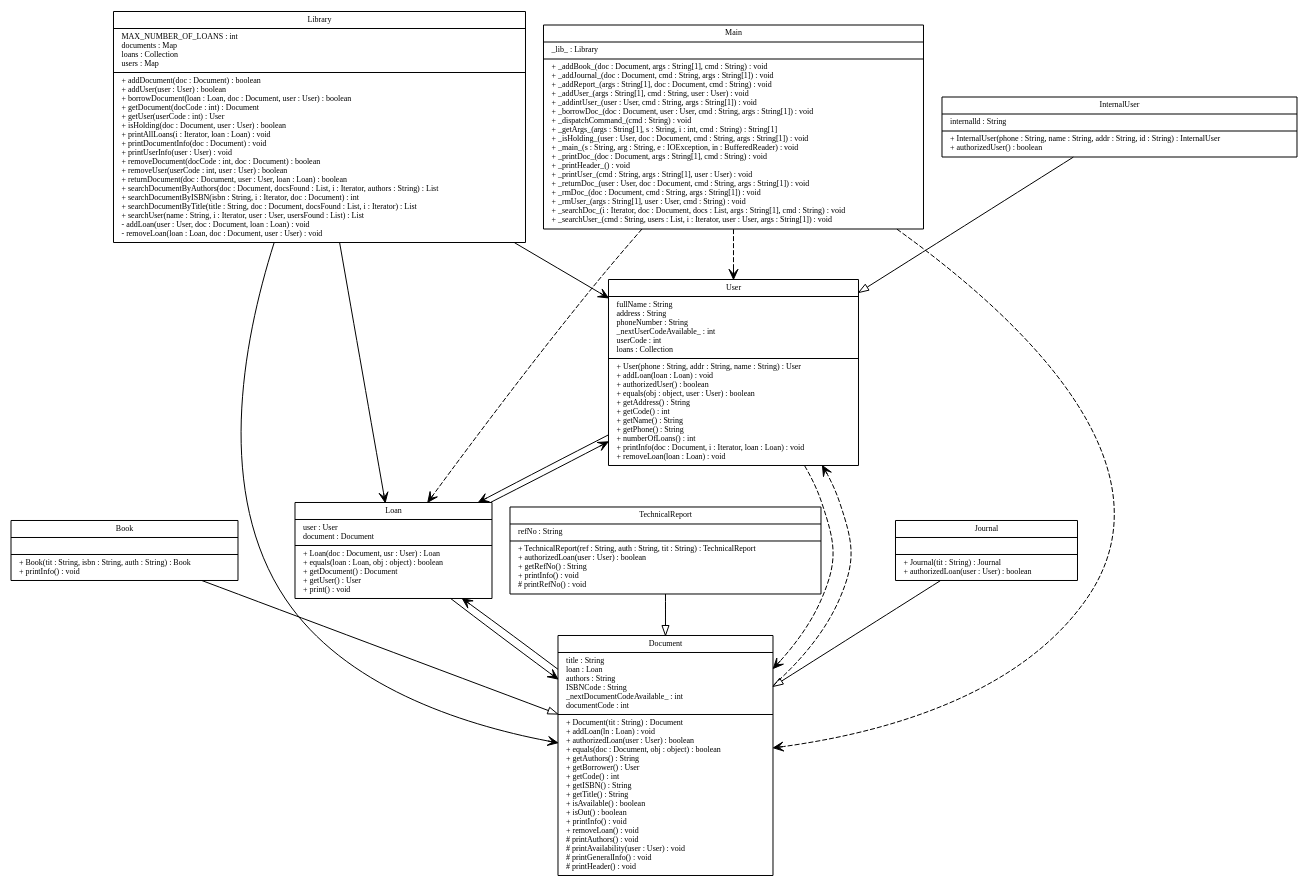
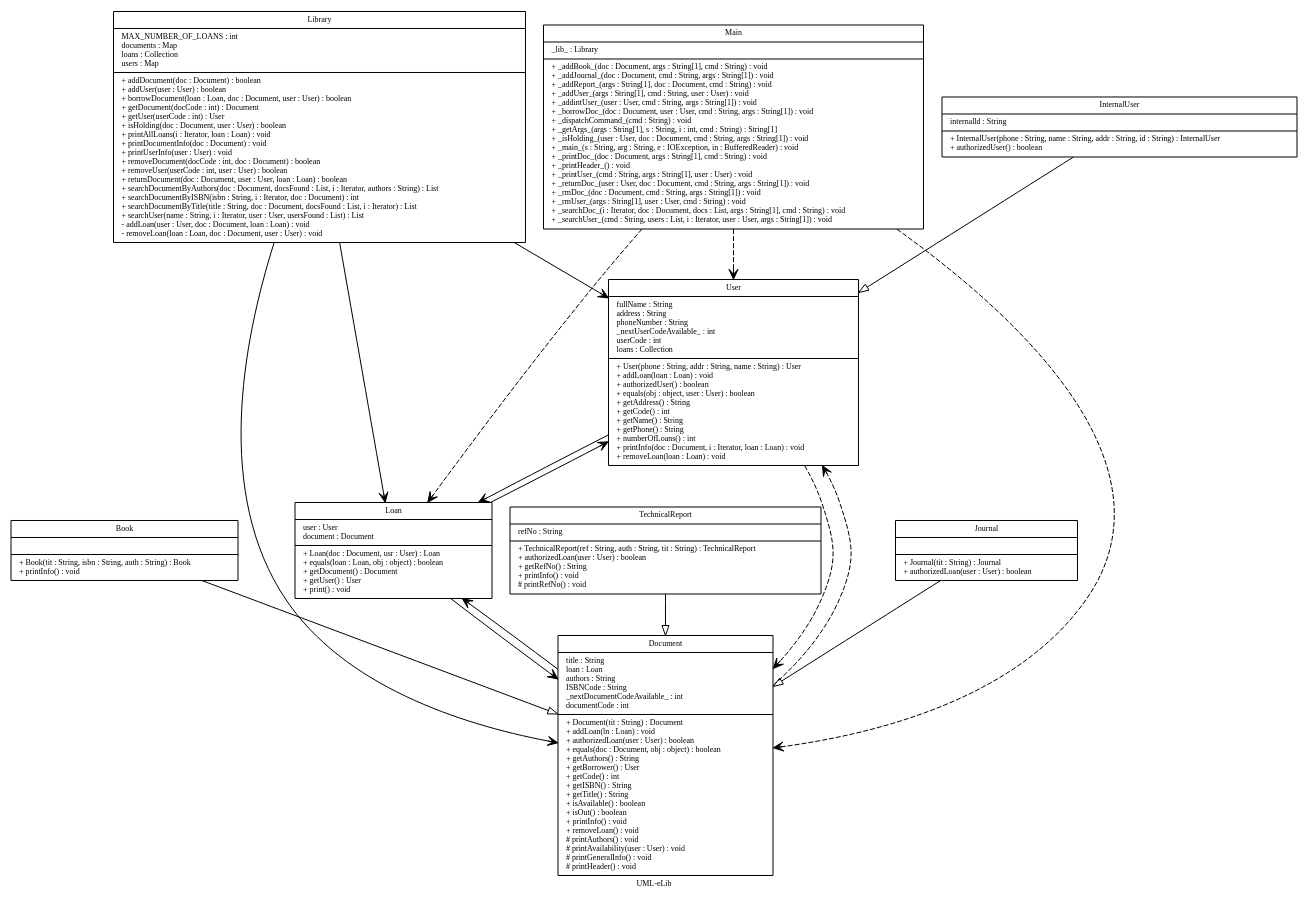
Before and after one commit to Zilarion/2IMP25-Architectural-Reconstruction: the diagram in output/UML-eLib-full.dot, drawn with Graphviz. The commit also changed 23 other files, not shown here.

```diff
--- a/output/UML-eLib-full.dot
+++ b/output/UML-eLib-full.dot
@@ -1,89 +1,89 @@
 digraph classes {
  fontname = "Bitstream Vera Sans"
  fontsize = 8
  node [ fontname = "Bitstream Vera Sans" fontsize = 8 shape = "record" ]
  edge [ fontname = "Bitstream Vera Sans" fontsize = 8 ]
-"InternalUser" [
+label="UML-eLib""InternalUser" [
 	label="{
  		InternalUser|
  		internalld : String\l|
  		+ InternalUser(phone : String, name : String, addr : String, id : String) : InternalUser\l+ authorizedUser() : boolean\l
 	}"
  ]
 "Book" [
 	label="{
  		Book|
  		|
  		+ Book(tit : String, isbn : String, auth : String) : Book\l+ printInfo() : void\l
 	}"
  ]
 "User" [
 	label="{
  		User|
  		fullName : String\laddress : String\lphoneNumber : String\l_nextUserCodeAvailable_ : int\luserCode : int\lloans : Collection\l|
  		+ User(phone : String, addr : String, name : String) : User\l+ addLoan(loan : Loan) : void\l+ authorizedUser() : boolean\l+ equals(obj : object, user : User) : boolean\l+ getAddress() : String\l+ getCode() : int\l+ getName() : String\l+ getPhone() : String\l+ numberOfLoans() : int\l+ printInfo(doc : Document, i : Iterator, loan : Loan) : void\l+ removeLoan(loan : Loan) : void\l
 	}"
  ]
 "Loan" [
 	label="{
  		Loan|
  		user : User\ldocument : Document\l|
  		+ Loan(doc : Document, usr : User) : Loan\l+ equals(loan : Loan, obj : object) : boolean\l+ getDocument() : Document\l+ getUser() : User\l+ print() : void\l
 	}"
  ]
 "TechnicalReport" [
 	label="{
  		TechnicalReport|
  		refNo : String\l|
  		+ TechnicalReport(ref : String, auth : String, tit : String) : TechnicalReport\l+ authorizedLoan(user : User) : boolean\l+ getRefNo() : String\l+ printInfo() : void\l# printRefNo() : void\l
 	}"
  ]
 "Document" [
 	label="{
  		Document|
  		title : String\lloan : Loan\lauthors : String\lISBNCode : String\l_nextDocumentCodeAvailable_ : int\ldocumentCode : int\l|
  		+ Document(tit : String) : Document\l+ addLoan(ln : Loan) : void\l+ authorizedLoan(user : User) : boolean\l+ equals(doc : Document, obj : object) : boolean\l+ getAuthors() : String\l+ getBorrower() : User\l+ getCode() : int\l+ getISBN() : String\l+ getTitle() : String\l+ isAvailable() : boolean\l+ isOut() : boolean\l+ printInfo() : void\l+ removeLoan() : void\l# printAuthors() : void\l# printAvailability(user : User) : void\l# printGeneralInfo() : void\l# printHeader() : void\l
 	}"
  ]
 "Library" [
 	label="{
  		Library|
  		MAX_NUMBER_OF_LOANS : int\ldocuments : Map\lloans : Collection\lusers : Map\l|
  		+ addDocument(doc : Document) : boolean\l+ addUser(user : User) : boolean\l+ borrowDocument(loan : Loan, doc : Document, user : User) : boolean\l+ getDocument(docCode : int) : Document\l+ getUser(userCode : int) : User\l+ isHolding(doc : Document, user : User) : boolean\l+ printAllLoans(i : Iterator, loan : Loan) : void\l+ printDocumentInfo(doc : Document) : void\l+ printUserInfo(user : User) : void\l+ removeDocument(docCode : int, doc : Document) : boolean\l+ removeUser(userCode : int, user : User) : boolean\l+ returnDocument(doc : Document, user : User, loan : Loan) : boolean\l+ searchDocumentByAuthors(doc : Document, docsFound : List, i : Iterator, authors : String) : List\l+ searchDocumentByISBN(isbn : String, i : Iterator, doc : Document) : int\l+ searchDocumentByTitle(title : String, doc : Document, docsFound : List, i : Iterator) : List\l+ searchUser(name : String, i : Iterator, user : User, usersFound : List) : List\l- addLoan(user : User, doc : Document, loan : Loan) : void\l- removeLoan(loan : Loan, doc : Document, user : User) : void\l
 	}"
  ]
 "Journal" [
 	label="{
  		Journal|
  		|
  		+ Journal(tit : String) : Journal\l+ authorizedLoan(user : User) : boolean\l
 	}"
  ]
 "Main" [
 	label="{
  		Main|
  		_lib_ : Library\l|
  		+ _addBook_(doc : Document, args : String[1], cmd : String) : void\l+ _addJournal_(doc : Document, cmd : String, args : String[1]) : void\l+ _addReport_(args : String[1], doc : Document, cmd : String) : void\l+ _addUser_(args : String[1], cmd : String, user : User) : void\l+ _addintUser_(user : User, cmd : String, args : String[1]) : void\l+ _borrowDoc_(doc : Document, user : User, cmd : String, args : String[1]) : void\l+ _dispatchCommand_(cmd : String) : void\l+ _getArgs_(args : String[1], s : String, i : int, cmd : String) : String[1]\l+ _isHolding_(user : User, doc : Document, cmd : String, args : String[1]) : void\l+ _main_(s : String, arg : String, e : IOException, in : BufferedReader) : void\l+ _printDoc_(doc : Document, args : String[1], cmd : String) : void\l+ _printHeader_() : void\l+ _printUser_(cmd : String, args : String[1], user : User) : void\l+ _returnDoc_(user : User, doc : Document, cmd : String, args : String[1]) : void\l+ _rmDoc_(doc : Document, cmd : String, args : String[1]) : void\l+ _rmUser_(args : String[1], user : User, cmd : String) : void\l+ _searchDoc_(i : Iterator, doc : Document, docs : List, args : String[1], cmd : String) : void\l+ _searchUser_(cmd : String, users : List, i : Iterator, user : User, args : String[1]) : void\l
 	}"
  ]
 edge[arrowhead = "empty"; style= "solid"]
 InternalUser -> User
 Book -> Document
 TechnicalReport -> Document
 Journal -> Document
 edge[arrowhead = "empty"; style = "dashed"]
 edge[arrowhead = "open"; style = "solid"]
 Loan -> Document
 Loan -> User
 User -> Loan
 Library -> Document
 Library -> Loan
 Document -> Loan
 Library -> User
 edge[arrowhead = "open"; style = "dashed"]
 User -> Document
 Main -> Loan
 Main -> User
 Main -> Document
 Document -> User
 }
```
